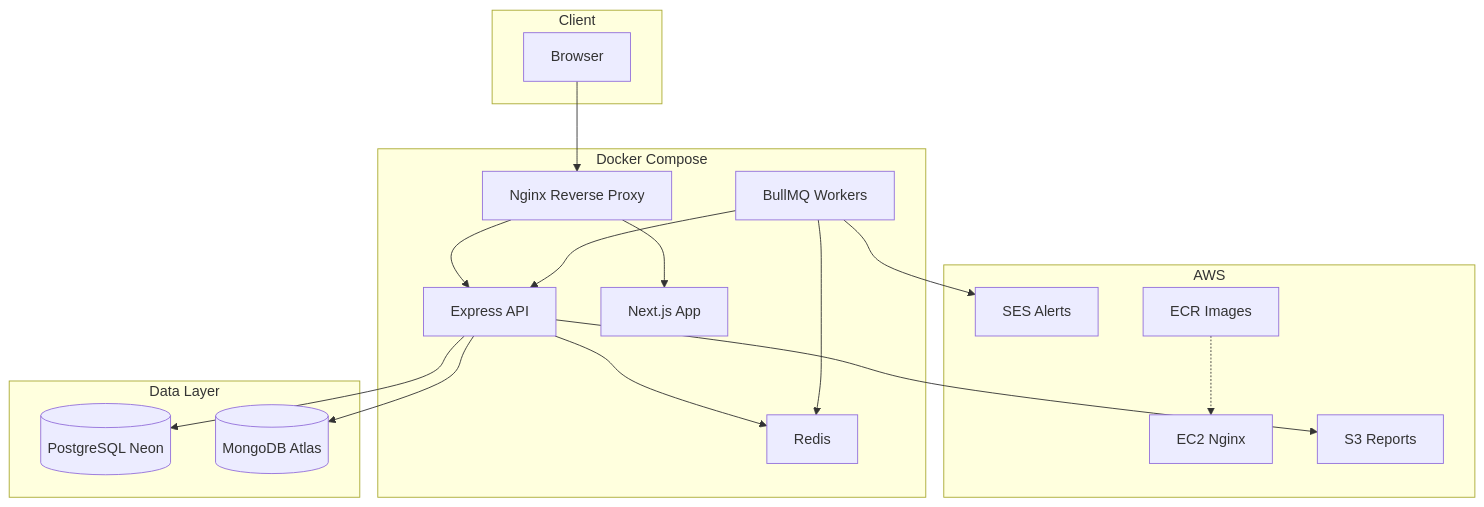
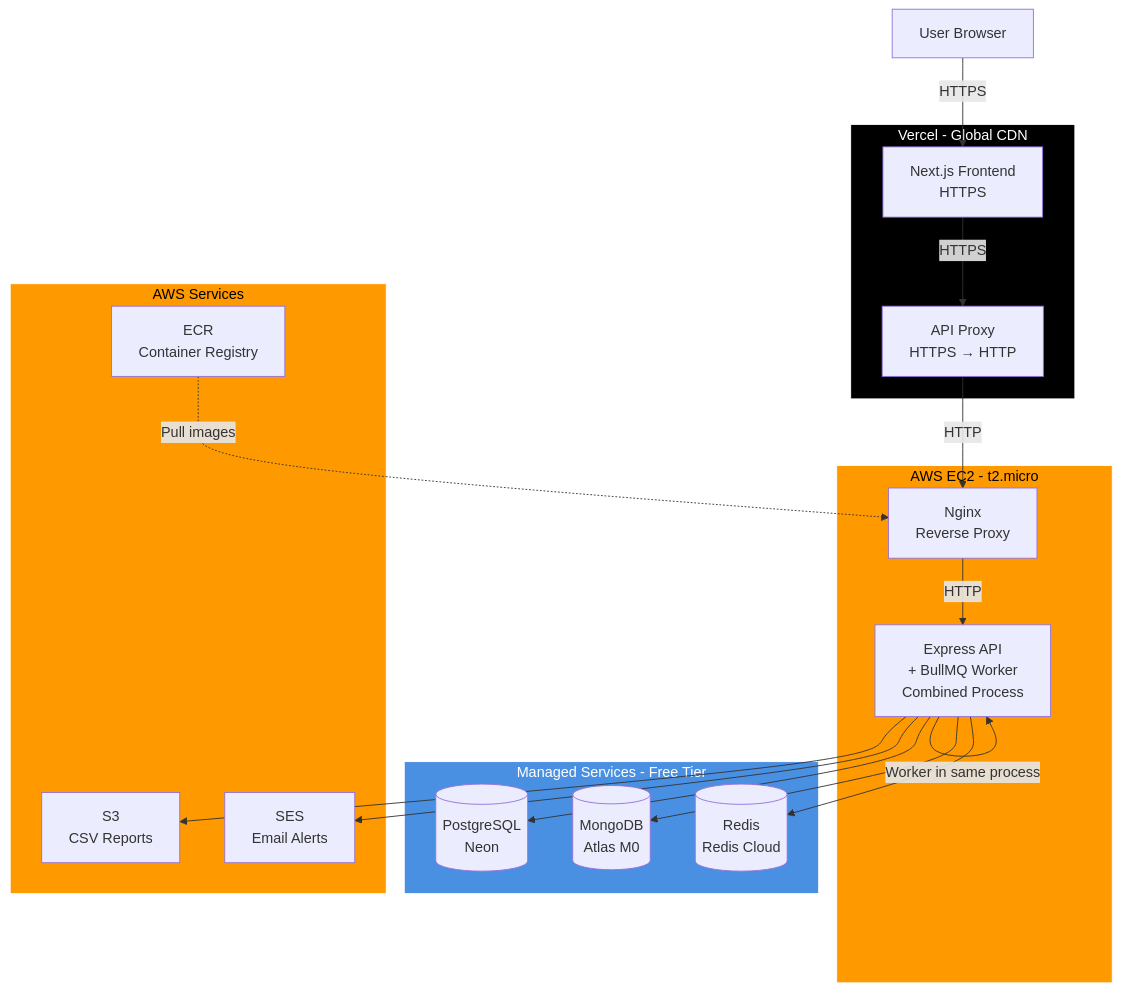
The diagram in README.md (amantoppo1739/SentinelCloud---Scalable-Uptime-Monitoring-System), drawn with Mermaid before and after one commit. The commit also changed other lines of this file, not shown here.

````diff
--- a/README.md
+++ b/README.md
@@ -15,34 +22,41 @@
 ```mermaid
 flowchart TB
-  subgraph client [Client]
-    Browser[Browser]
+  subgraph vercel [Vercel - Global CDN]
+    Frontend[Next.js Frontend<br/>HTTPS]
+    Proxy[API Proxy<br/>HTTPS → HTTP]
   end
-  subgraph aws [AWS]
-    EC2[EC2 Nginx]
-    S3[S3 Reports]
-    SES[SES Alerts]
-    ECR[ECR Images]
+  
+  subgraph ec2 [AWS EC2 - t2.micro]
+    Nginx[Nginx<br/>Reverse Proxy]
+    API[Express API<br/>+ BullMQ Worker<br/>Combined Process]
   end
-  subgraph compose [Docker Compose]
-    Nginx[Nginx Reverse Proxy]
-    API[Express API]
-    Next[Next.js App]
-    Redis[Redis]
-    Bull[BullMQ Workers]
+  
+  subgraph managed [Managed Services - Free Tier]
+    PG[(PostgreSQL<br/>Neon)]
+    Mongo[(MongoDB<br/>Atlas M0)]
+    Redis[(Redis<br/>Redis Cloud)]
   end
-  subgraph data [Data Layer]
-    PG[(PostgreSQL Neon)]
-    Mongo[(MongoDB Atlas)]
+  
+  subgraph aws [AWS Services]
+    S3[S3<br/>CSV Reports]
+    SES[SES<br/>Email Alerts]
+    ECR[ECR<br/>Container Registry]
   end
-  Browser --> Nginx
-  Nginx --> API
-  Nginx --> Next
-  API --> Redis
+  
+  Browser[User Browser] -->|HTTPS| Frontend
+  Frontend -->|HTTPS| Proxy
+  Proxy -->|HTTP| Nginx
+  Nginx -->|HTTP| API
+  API -->|Worker in same process| API
   API --> PG
   API --> Mongo
-  Bull --> Redis
-  Bull --> API
-  Bull --> SES
+  API --> Redis
   API --> S3
-  ECR -.-> EC2
+  API --> SES
+  ECR -.->|Pull images| Nginx
+  
+  style vercel fill:#000,stroke:#fff,color:#fff
+  style ec2 fill:#ff9900,stroke:#fff,color:#000
+  style managed fill:#4a90e2,stroke:#fff,color:#fff
+  style aws fill:#ff9900,stroke:#fff,color:#000
 ```
````
